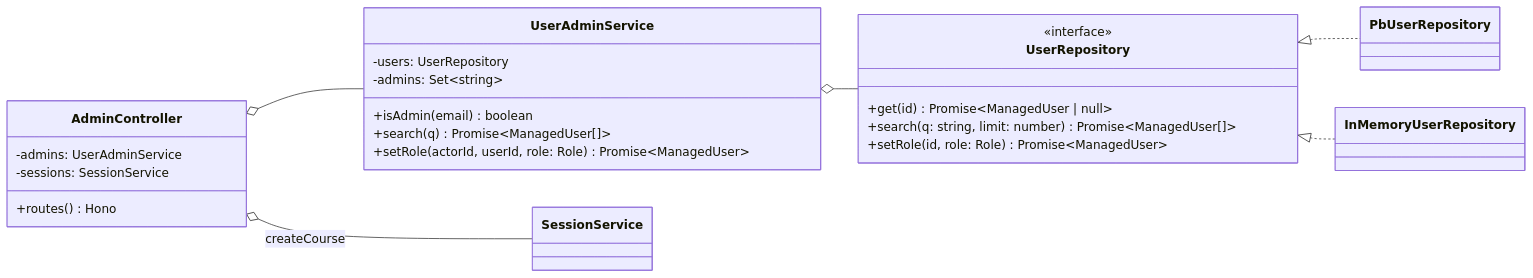
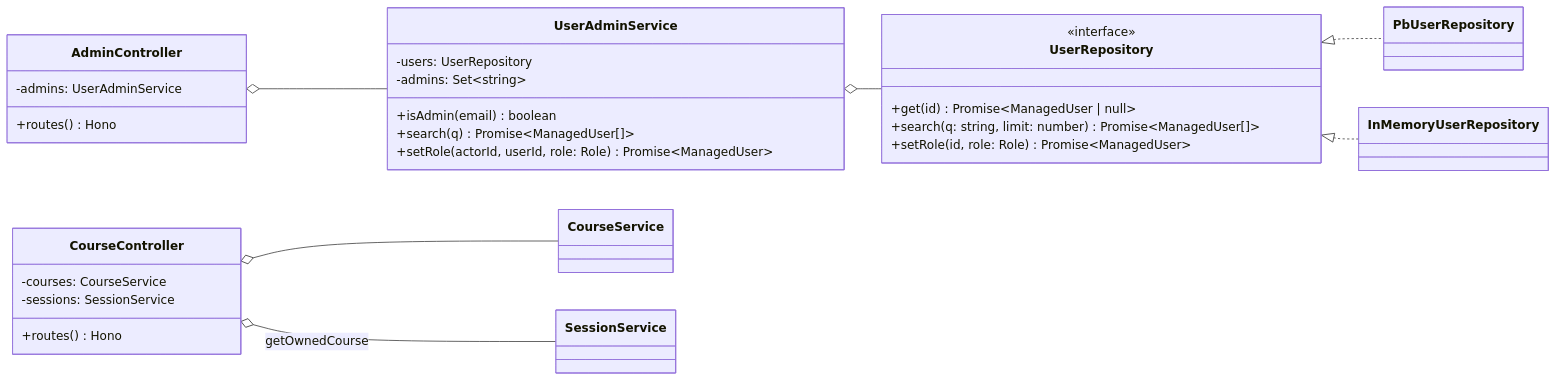
Before and after one commit to GiladApel/classpulse: the eighth of 8 diagrams in docs/06-class-diagrams.md, drawn with Mermaid. The commit also changed other lines of this file, not shown here.

Commit message:
docs(edd): class diagrams for CourseService, RosterParser, roster and timetable repositories, CourseController

````diff
--- a/docs/06-class-diagrams.md
+++ b/docs/06-class-diagrams.md
@@ -765,29 +813,34 @@
 ```mermaid
 classDiagram
   direction LR
   class UserRepository {
     <<interface>>
     +get(id) Promise~ManagedUser | null~
     +search(q: string, limit: number) Promise~ManagedUser[]~
     +setRole(id, role: Role) Promise~ManagedUser~
   }
   class PbUserRepository
   class InMemoryUserRepository
   class UserAdminService {
     -users: UserRepository
     -admins: Set~string~
     +isAdmin(email) boolean
     +search(q) Promise~ManagedUser[]~
     +setRole(actorId, userId, role: Role) Promise~ManagedUser~
   }
   class AdminController {
     -admins: UserAdminService
+    +routes() Hono
+  }
+  class CourseController {
+    -courses: CourseService
     -sessions: SessionService
     +routes() Hono
   }
   UserRepository <|.. PbUserRepository
   UserRepository <|.. InMemoryUserRepository
   UserAdminService o-- UserRepository
   AdminController o-- UserAdminService
-  AdminController o-- SessionService : createCourse
+  CourseController o-- CourseService
+  CourseController o-- SessionService : getOwnedCourse
 ```
````
